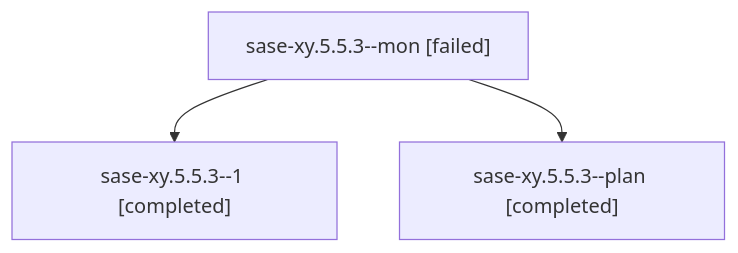
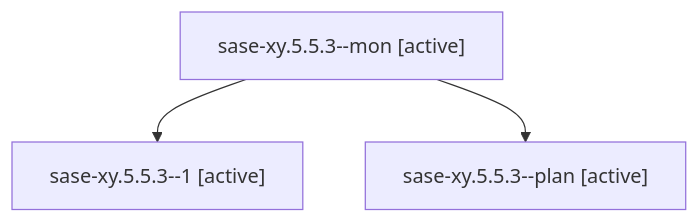
One commit to sase-org/sase--agents changed the diagram in families/bbugyi200.athena.sase-xy.5.5.3.md. Above: the diagram before and after it, drawn with Mermaid. The commit also changed other lines of this file and 35830 other files, not shown here.

````diff
--- a/families/bbugyi200.athena.sase-xy.5.5.3.md
+++ b/families/bbugyi200.athena.sase-xy.5.5.3.md
@@ -9,8 +9,8 @@
 ```mermaid
 flowchart TD
-  n0["sase-xy.5.5.3--mon [failed]"]
-  n1["sase-xy.5.5.3--1 [completed]"]
+  n0["sase-xy.5.5.3--mon [active]"]
+  n1["sase-xy.5.5.3--1 [active]"]
   n0 --> n1
-  n2["sase-xy.5.5.3--plan [completed]"]
+  n2["sase-xy.5.5.3--plan [active]"]
   n0 --> n2
 ```
````
